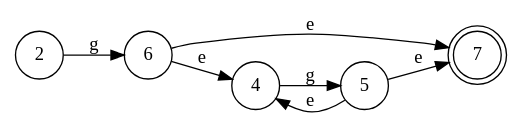
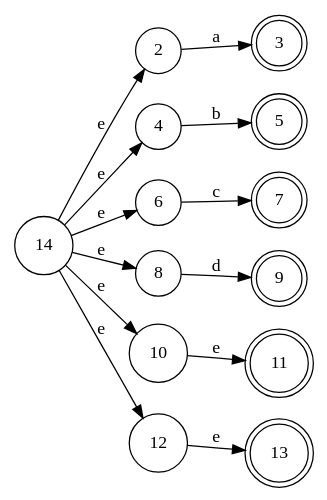
Before and after one commit to bloomfieldfong/Creacion-de-Automatas: the diagram in automata.gv, drawn with Graphviz. The commit also changed 5 other files, not shown here.

```diff
--- a/automata.gv
+++ b/automata.gv
@@ -1,12 +1,23 @@
 digraph finite_state_machine {
 	rankdir=LR size="8,5"
 	node [shape=doublecircle]
+	3
+	5
 	7
+	9
+	11
+	13
 	node [shape=circle]
-	2 -> 6 [label=g]
-	4 -> 5 [label=g]
-	5 -> 4 [label=e]
-	5 -> 7 [label=e]
-	6 -> 4 [label=e]
-	6 -> 7 [label=e]
+	2 -> 3 [label=a]
+	4 -> 5 [label=b]
+	6 -> 7 [label=c]
+	8 -> 9 [label=d]
+	10 -> 11 [label=e]
+	12 -> 13 [label=e]
+	14 -> 2 [label=e]
+	14 -> 4 [label=e]
+	14 -> 6 [label=e]
+	14 -> 8 [label=e]
+	14 -> 10 [label=e]
+	14 -> 12 [label=e]
 }
```
